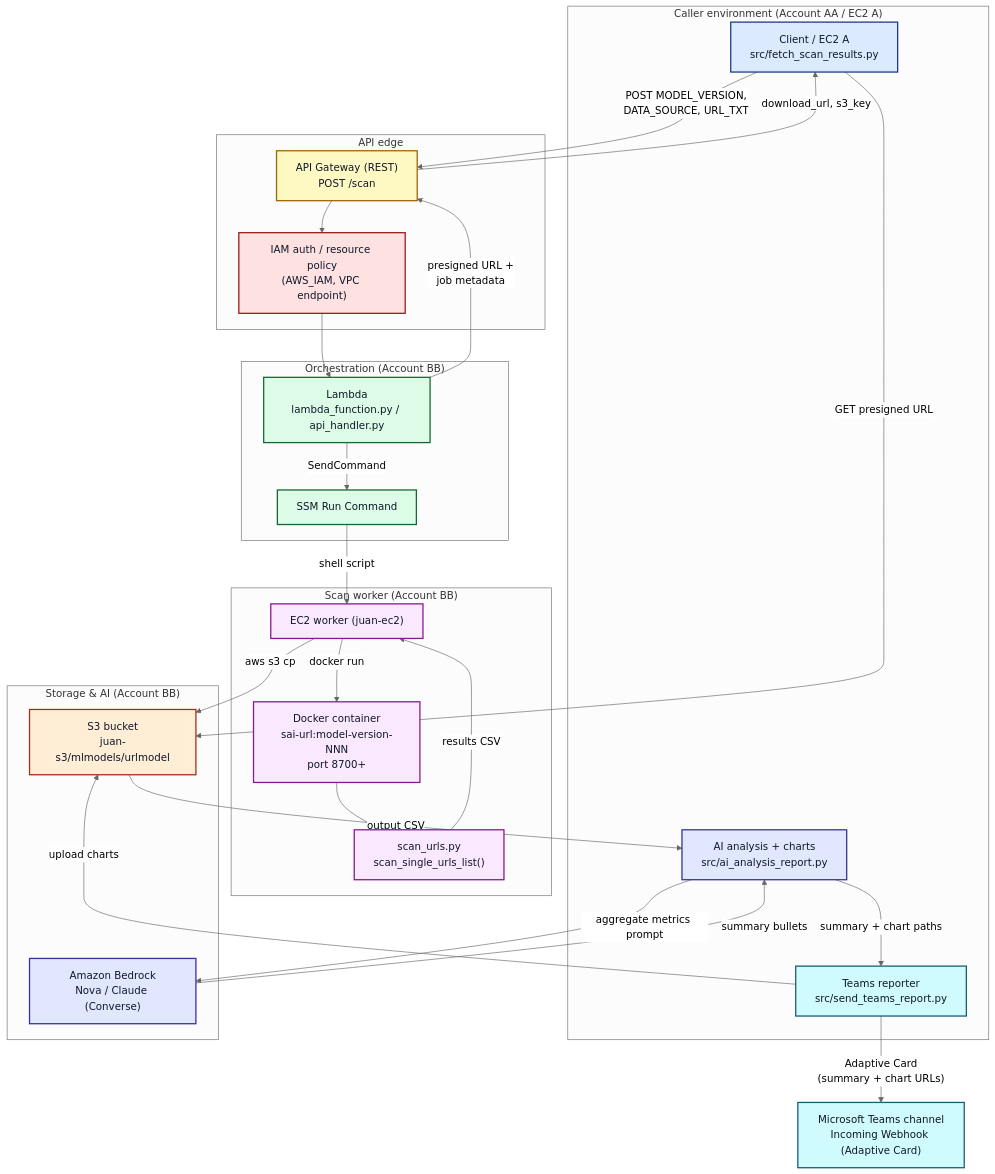
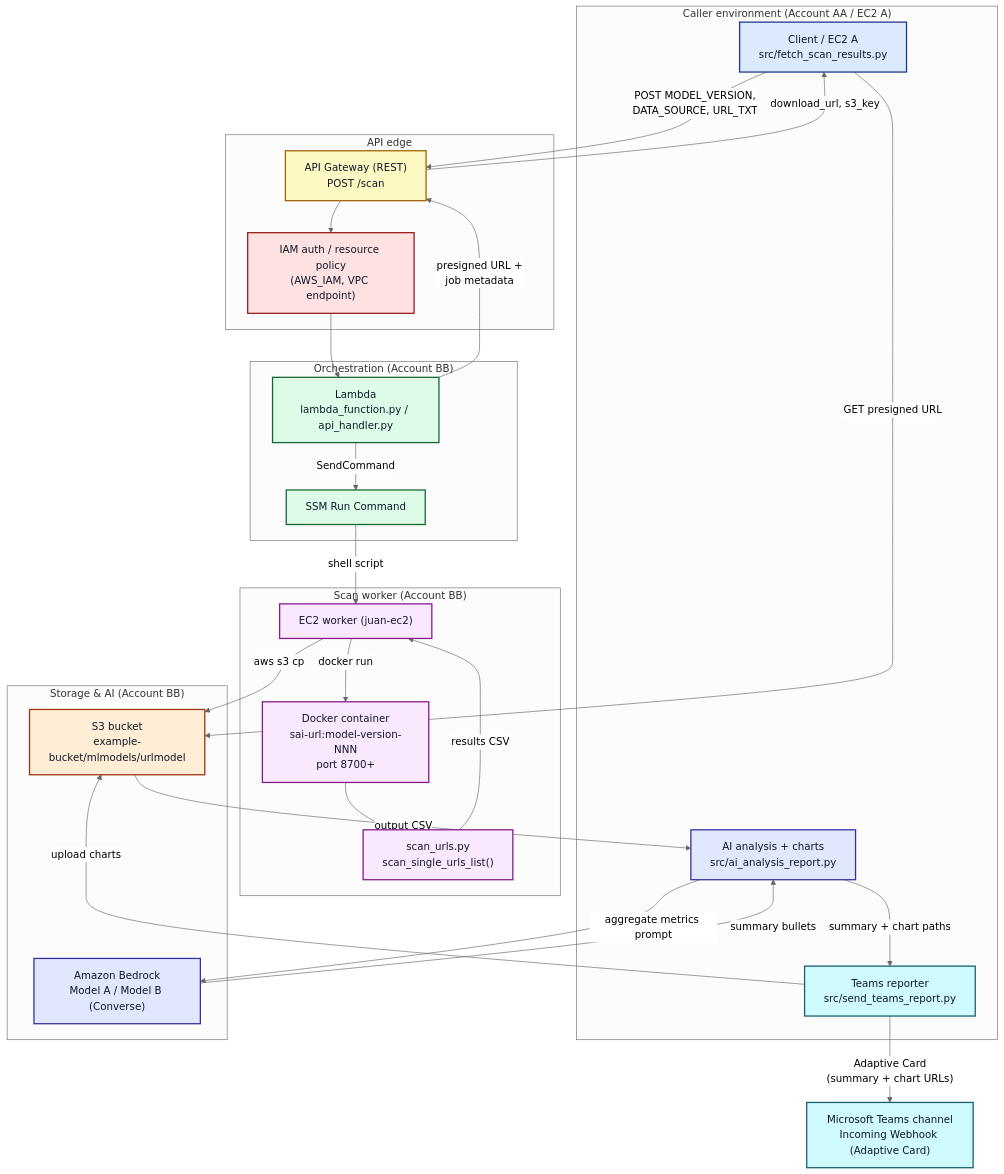
The first of 2 diagrams in README.md (juanchencs/ai-urlmodel-scanning-orchestrator), drawn with Mermaid (neutral theme) before and after one commit. The commit also changed other lines of this file and 6 other files, not shown here.

````diff
--- a/README.md
+++ b/README.md
@@ -24,60 +24,60 @@
 ```mermaid
 flowchart TB
     classDef client fill:#dbeafe,stroke:#1e3a8a,stroke-width:2px,color:#0f172a;
     classDef api fill:#fef9c3,stroke:#a16207,stroke-width:2px,color:#0f172a;
     classDef compute fill:#dcfce7,stroke:#166534,stroke-width:2px,color:#0f172a;
     classDef worker fill:#fae8ff,stroke:#86198f,stroke-width:2px,color:#0f172a;
     classDef storage fill:#ffedd5,stroke:#9a3412,stroke-width:2px,color:#0f172a;
     classDef ai fill:#e0e7ff,stroke:#3730a3,stroke-width:2px,color:#0f172a;
     classDef report fill:#cffafe,stroke:#155e75,stroke-width:2px,color:#0f172a;
     classDef security fill:#fee2e2,stroke:#991b1b,stroke-width:2px,color:#0f172a;
 
     subgraph CALLER["Caller environment (Account AA / EC2 A)"]
         A1["Client / EC2 A<br/>src/fetch_scan_results.py"]:::client
         A2["AI analysis + charts<br/>src/ai_analysis_report.py"]:::ai
         A3["Teams reporter<br/>src/send_teams_report.py"]:::report
     end
 
     subgraph EDGE["API edge"]
         G1["API Gateway (REST)<br/>POST /scan"]:::api
         SEC["IAM auth / resource policy<br/>(AWS_IAM, VPC endpoint)"]:::security
     end
 
     subgraph ORCH["Orchestration (Account BB)"]
         L1["Lambda<br/>lambda_function.py / api_handler.py"]:::compute
         SSM["SSM Run Command"]:::compute
     end
 
     subgraph WORK["Scan worker (Account BB)"]
         W1["EC2 worker (juan-ec2)"]:::worker
         W2["Docker container<br/>sai-url:model-version-NNN<br/>port 8700+"]:::worker
         W3["scan_urls.py<br/>scan_single_urls_list()"]:::worker
     end
 
     subgraph DATA["Storage & AI (Account BB)"]
-        S3["S3 bucket<br/>juan-s3/mlmodels/urlmodel"]:::storage
-        BR["Amazon Bedrock<br/>Nova / Claude (Converse)"]:::ai
+        S3["S3 bucket<br/>example-bucket/mlmodels/urlmodel"]:::storage
+        BR["Amazon Bedrock<br/>Model A / Model B (Converse)"]:::ai
     end
 
     TEAMS["Microsoft Teams channel<br/>Incoming Webhook (Adaptive Card)"]:::report
 
     A1 -->|"POST MODEL_VERSION,<br/>DATA_SOURCE, URL_TXT"| G1
     G1 --> SEC
     SEC --> L1
     L1 -->|"SendCommand"| SSM
     SSM -->|"shell script"| W1
     W1 -->|"docker run"| W2
     W2 --> W3
     W3 -->|"results CSV"| W1
     W1 -->|"aws s3 cp"| S3
     L1 -->|"presigned URL +<br/>job metadata"| G1
     G1 -->|"download_url, s3_key"| A1
 
     A1 -->|"GET presigned URL"| S3
     S3 -->|"output CSV"| A2
     A2 -->|"aggregate metrics prompt"| BR
     BR -->|"summary bullets"| A2
     A2 -->|"summary + chart paths"| A3
     A3 -->|"upload charts"| S3
     A3 -->|"Adaptive Card<br/>(summary + chart URLs)"| TEAMS
 ```
````
